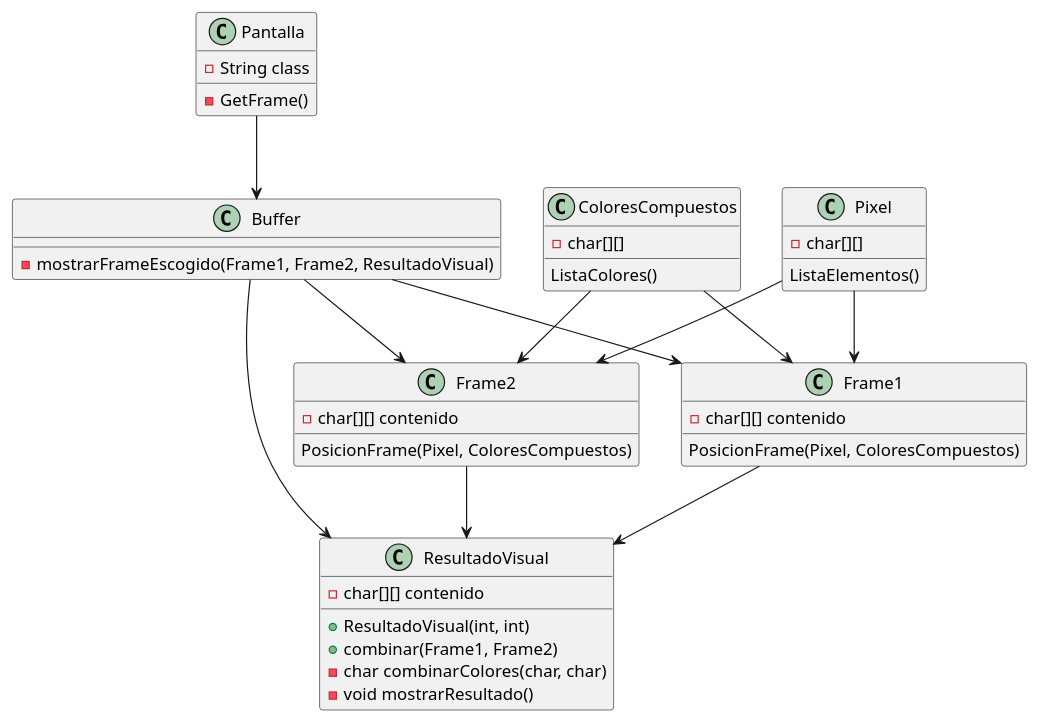
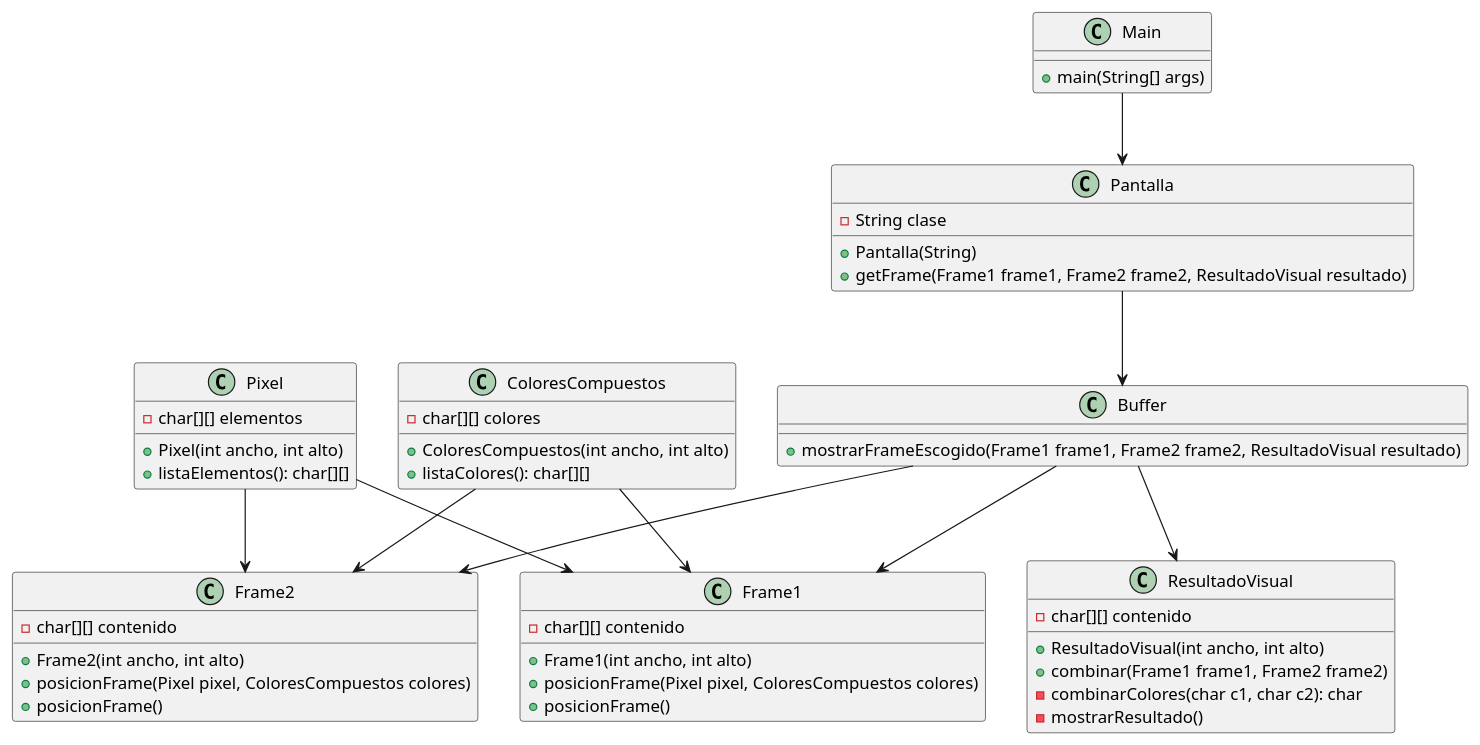
The diagram in entregas/juarezAlejandro/reto-001/UML/segundoEjercicio(corregido).puml (mmasias/24-25-EDA2), drawn with PlantUML before and after one commit. The commit also changed 3 other files, not shown here.

```diff
--- a/entregas/juarezAlejandro/reto-001/UML/segundoEjercicio(corregido).puml
+++ b/entregas/juarezAlejandro/reto-001/UML/segundoEjercicio(corregido).puml
@@ -1,49 +1,59 @@
 @startuml
 class Pantalla {
-  -String class
-  -GetFrame()
+  -String clase
+  +Pantalla(String)
+  +getFrame(Frame1 frame1, Frame2 frame2, ResultadoVisual resultado)
 }
 
 class Buffer {
-  -mostrarFrameEscogido(Frame1, Frame2, ResultadoVisual)
+  +mostrarFrameEscogido(Frame1 frame1, Frame2 frame2, ResultadoVisual resultado)
+}
+
+class ColoresCompuestos {
+  -char[][] colores
+  +ColoresCompuestos(int ancho, int alto)
+  +listaColores(): char[][]
 }
 
 class Pixel {
-  -char[][] 
-  ListaElementos()
+  -char[][] elementos
+  +Pixel(int ancho, int alto)
+  +listaElementos(): char[][]
 }
 
 class Frame1 {
   -char[][] contenido
-  PosicionFrame(Pixel, ColoresCompuestos)
+  +Frame1(int ancho, int alto)
+  +posicionFrame(Pixel pixel, ColoresCompuestos colores)
+  +posicionFrame()
 }
 
 class Frame2 {
   -char[][] contenido
-  PosicionFrame(Pixel, ColoresCompuestos)
+  +Frame2(int ancho, int alto)
+  +posicionFrame(Pixel pixel, ColoresCompuestos colores)
+  +posicionFrame()
 }
 
 class ResultadoVisual {
   -char[][] contenido
-  +ResultadoVisual(int, int)
-  +combinar(Frame1, Frame2)
-  -char combinarColores(char, char)
-  -void mostrarResultado()
+  +ResultadoVisual(int ancho, int alto)
+  +combinar(Frame1 frame1, Frame2 frame2)
+  -combinarColores(char c1, char c2): char
+  -mostrarResultado()
 }
 
-class ColoresCompuestos {
-  -char[][] 
-  ListaColores()
+class Main {
+  +main(String[] args)
 }
 
 Pantalla --> Buffer
 Buffer --> Frame1
 Buffer --> Frame2
 Buffer --> ResultadoVisual
-Frame1 --> ResultadoVisual
-Frame2 --> ResultadoVisual
+ColoresCompuestos --> Frame1
+ColoresCompuestos --> Frame2
 Pixel --> Frame1
 Pixel --> Frame2
-ColoresCompuestos --> Frame1
-ColoresCompuestos --> Frame2
+Main --> Pantalla
 @enduml
```
